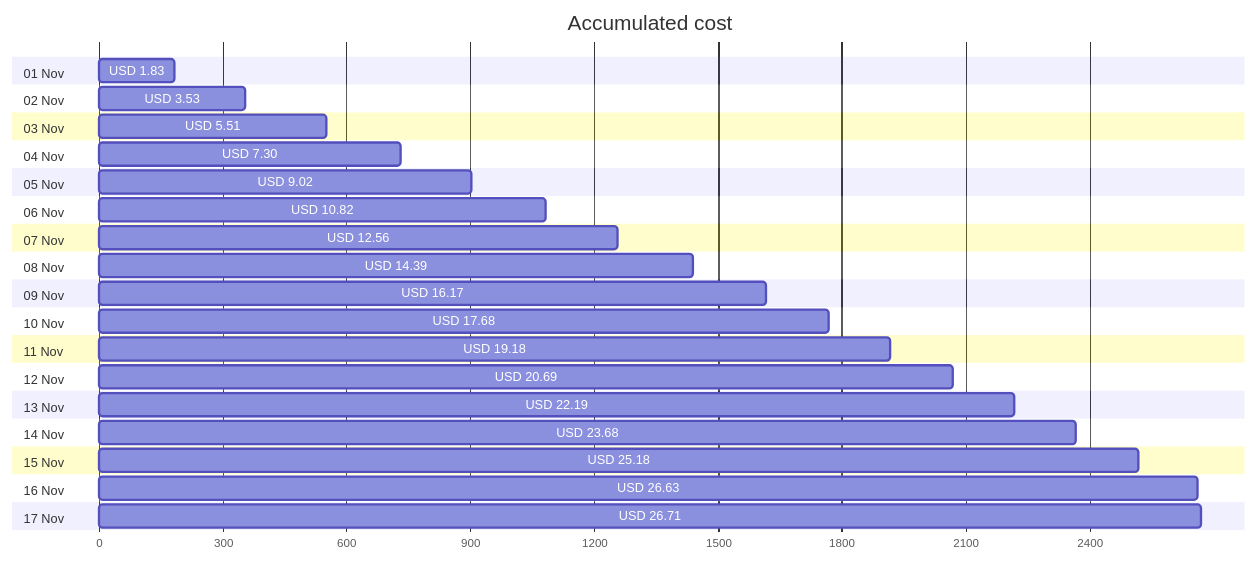
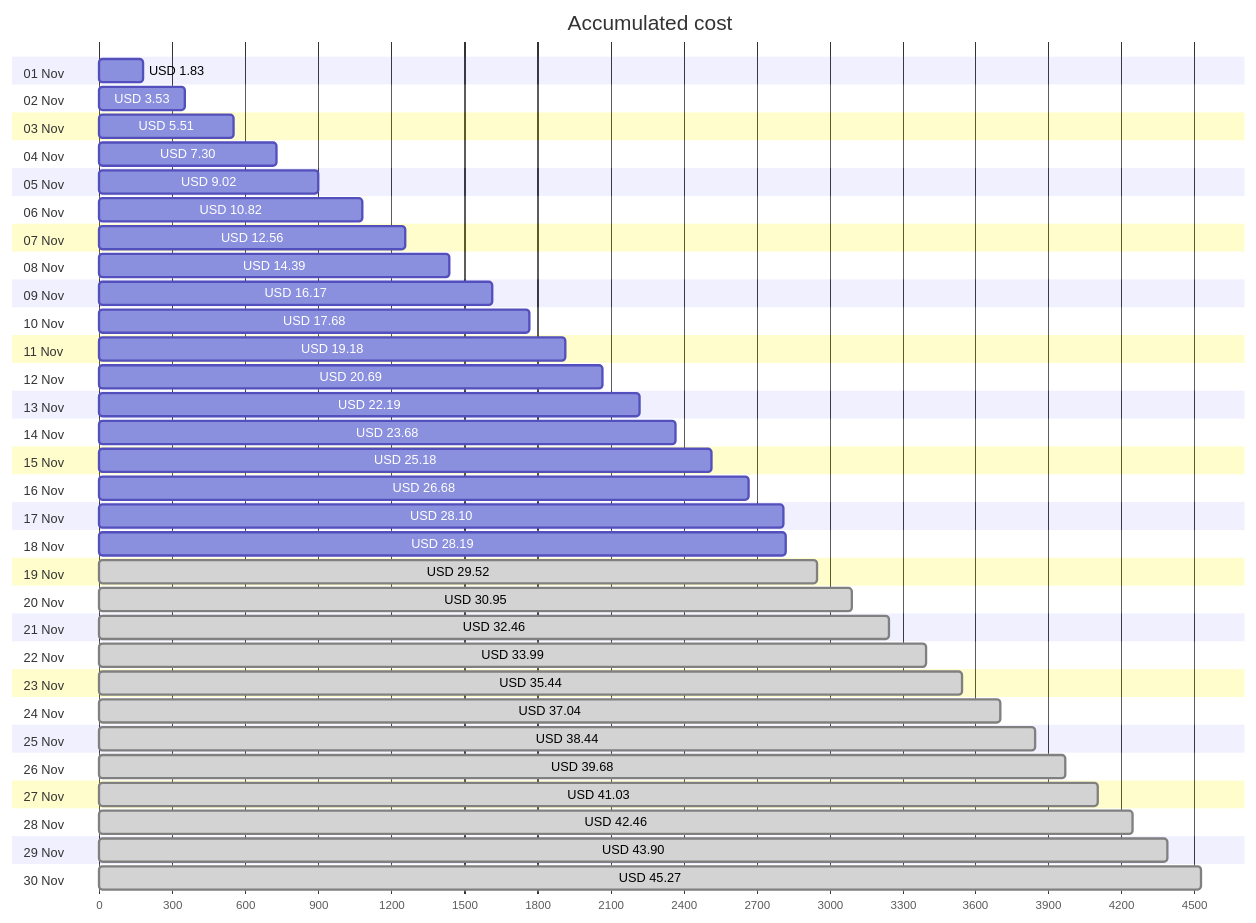
Before and after one commit to jpfulton/azure-personal-reports: the first of 4 diagrams in cost-reports/personal-network/README.md, drawn with Mermaid. The commit also changed other lines of this file and 8 other files, not shown here.

````diff
--- a/cost-reports/personal-network/README.md
+++ b/cost-reports/personal-network/README.md
@@ -20,40 +20,66 @@
 ```mermaid
 gantt
    title Accumulated cost
    dateFormat  X
    axisFormat %s
    section 01 Nov
    USD 1.83 :0, 183
    section 02 Nov
    USD 3.53 :0, 353
    section 03 Nov
    USD 5.51 :0, 551
    section 04 Nov
    USD 7.30 :0, 730
    section 05 Nov
    USD 9.02 :0, 902
    section 06 Nov
    USD 10.82 :0, 1082
    section 07 Nov
    USD 12.56 :0, 1256
    section 08 Nov
    USD 14.39 :0, 1439
    section 09 Nov
    USD 16.17 :0, 1617
    section 10 Nov
    USD 17.68 :0, 1768
    section 11 Nov
    USD 19.18 :0, 1918
    section 12 Nov
    USD 20.69 :0, 2069
    section 13 Nov
    USD 22.19 :0, 2219
    section 14 Nov
    USD 23.68 :0, 2368
    section 15 Nov
    USD 25.18 :0, 2518
    section 16 Nov
-   USD 26.63 :0, 2663
+   USD 26.68 :0, 2668
    section 17 Nov
-   USD 26.71 :0, 2671
+   USD 28.10 :0, 2810
+   section 18 Nov
+   USD 28.19 :0, 2819
+   section 19 Nov
+   USD 29.52 : done, 0, 2952
+   section 20 Nov
+   USD 30.95 : done, 0, 3095
+   section 21 Nov
+   USD 32.46 : done, 0, 3246
+   section 22 Nov
+   USD 33.99 : done, 0, 3399
+   section 23 Nov
+   USD 35.44 : done, 0, 3544
+   section 24 Nov
+   USD 37.04 : done, 0, 3704
+   section 25 Nov
+   USD 38.44 : done, 0, 3844
+   section 26 Nov
+   USD 39.68 : done, 0, 3968
+   section 27 Nov
+   USD 41.03 : done, 0, 4103
+   section 28 Nov
+   USD 42.46 : done, 0, 4246
+   section 29 Nov
+   USD 43.90 : done, 0, 4390
+   section 30 Nov
+   USD 45.27 : done, 0, 4527
 ```
````
